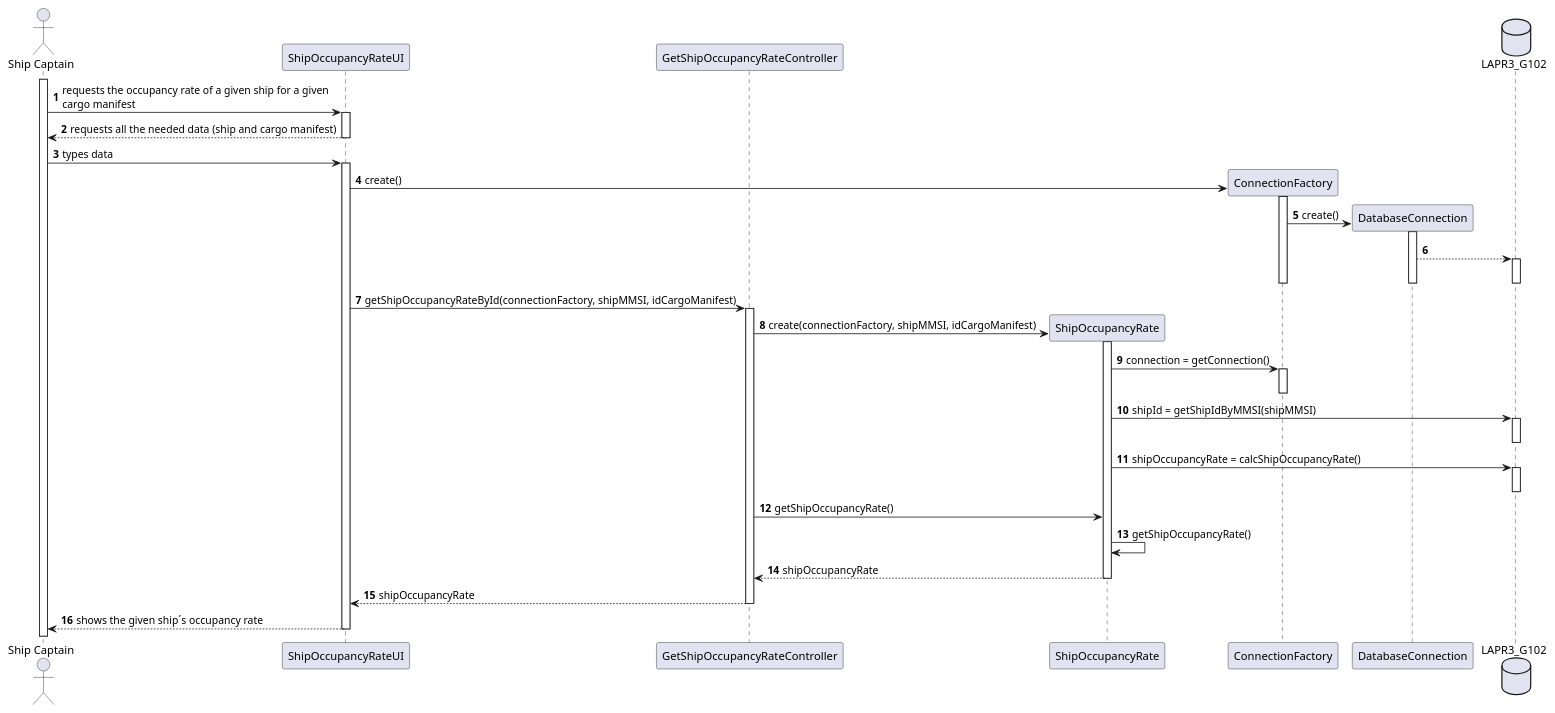
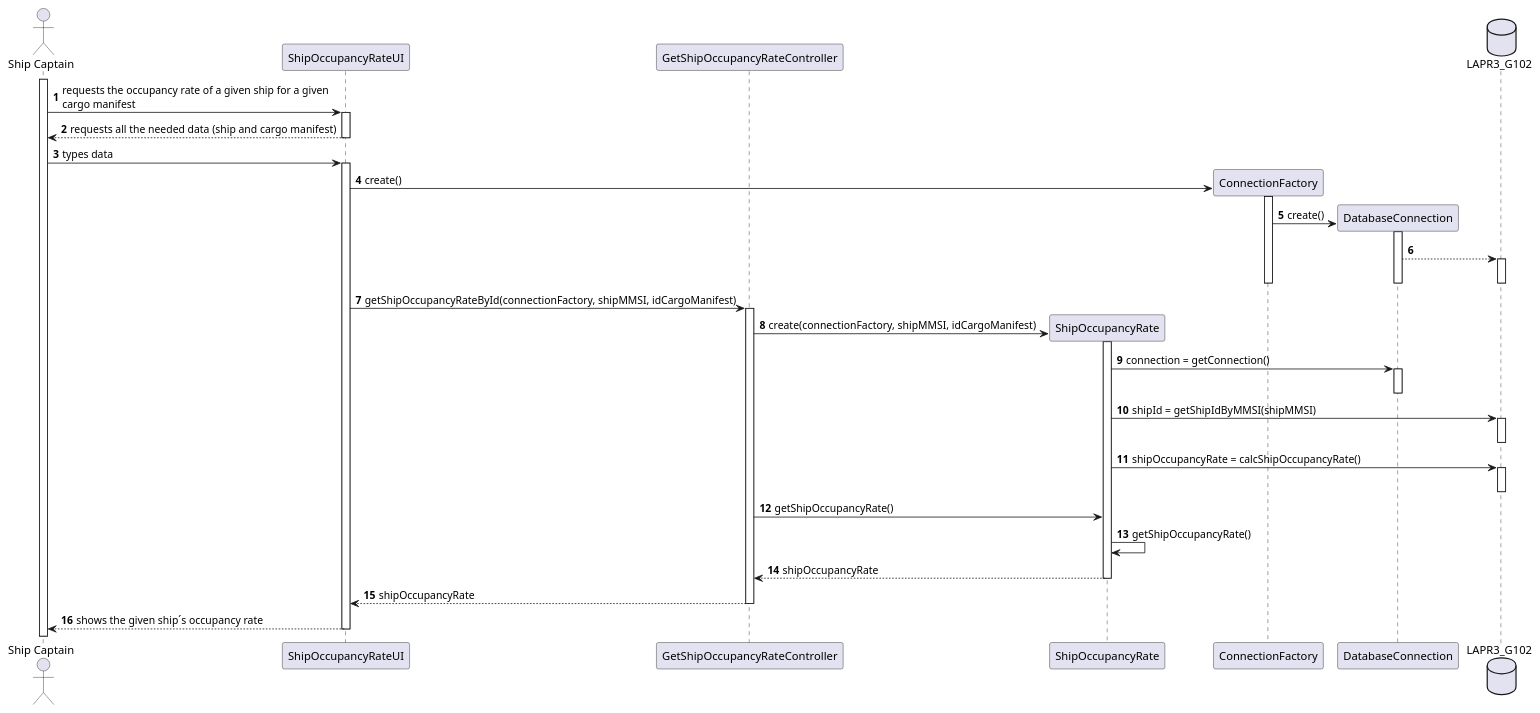
One commit to mpoboas/lapr3-2021-g102 changed the diagram in docs/Sprint3/US208/US208_SD.puml. Above: the diagram before and after it, drawn with PlantUML. The commit also changed 1 other file, not shown here.

```diff
--- a/docs/Sprint3/US208/US208_SD.puml
+++ b/docs/Sprint3/US208/US208_SD.puml
@@ -1,57 +1,57 @@
 @startuml
 autonumber
 'hide footbox
 
 actor "Ship Captain" as SC
 
 participant "ShipOccupancyRateUI" as UI
 participant "GetShipOccupancyRateController" as CTRL
 participant "ShipOccupancyRate" as SHIPOCCRATE
 participant ConnectionFactory as CF
 participant DatabaseConnection as DC
 database LAPR3_G102 as DB
 
 activate SC
 SC -> UI : requests the occupancy rate of a given ship for a given\ncargo manifest
 activate UI
 UI --> SC : requests all the needed data (ship and cargo manifest)
 deactivate UI
 
 SC -> UI : types data
 activate UI
 
 UI -> CF** : create()
 activate CF
 CF -> DC** : create()
 activate DC
 DC --> DB
 activate DB
 deactivate DB
 deactivate DC
 deactivate CF
 
 UI -> CTRL : getShipOccupancyRateById(connectionFactory, shipMMSI, idCargoManifest)
 activate CTRL
 CTRL -> SHIPOCCRATE** : create(connectionFactory, shipMMSI, idCargoManifest)
 activate SHIPOCCRATE
 
-SHIPOCCRATE -> CF : connection = getConnection()
-activate CF
-deactivate CF
+SHIPOCCRATE -> DC : connection = getConnection()
+activate DC
+deactivate DC
 SHIPOCCRATE -> DB : shipId = getShipIdByMMSI(shipMMSI)
 activate DB
 deactivate DB
 
 SHIPOCCRATE -> DB : shipOccupancyRate = calcShipOccupancyRate()
 activate DB
 deactivate DB
 
 CTRL -> SHIPOCCRATE : getShipOccupancyRate()
 SHIPOCCRATE -> SHIPOCCRATE : getShipOccupancyRate()
 SHIPOCCRATE --> CTRL : shipOccupancyRate
 deactivate SHIPOCCRATE
 CTRL --> UI : shipOccupancyRate
 deactivate CTRL
 UI --> SC : shows the given ship´s occupancy rate
 deactivate UI
 @enduml
```
